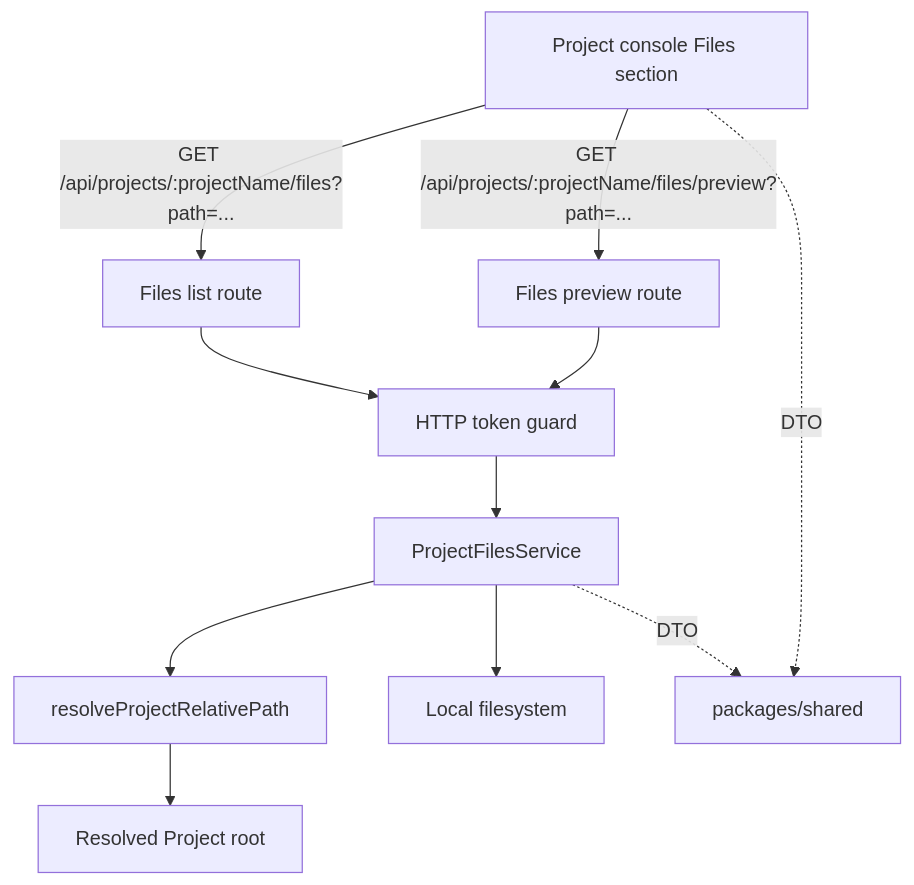
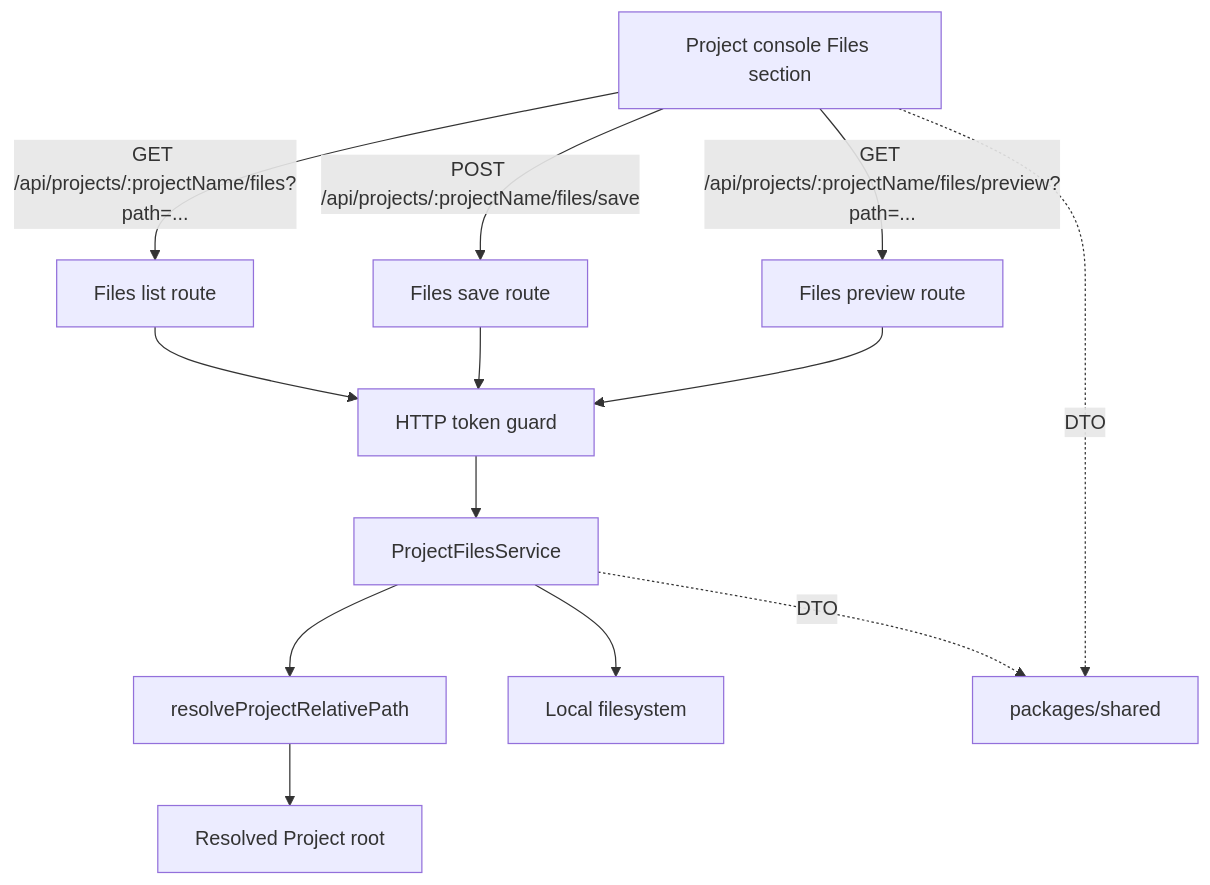
One commit to BanKnight/agents-remote changed the diagram in docs/architecture/file-browser-preview.md. Above: the diagram before and after it, drawn with Mermaid. The commit also changed other lines of this file and 14 other files, not shown here.

````diff
--- a/docs/architecture/file-browser-preview.md
+++ b/docs/architecture/file-browser-preview.md
@@ -13,13 +13,15 @@
 ```mermaid
 flowchart TD
   Web[Project console Files section] -->|GET /api/projects/:projectName/files?path=...| FilesList[Files list route]
   Web -->|GET /api/projects/:projectName/files/preview?path=...| FilesPreview[Files preview route]
+  Web -->|POST /api/projects/:projectName/files/save| FilesSave[Files save route]
   FilesList --> Auth[HTTP token guard]
+  FilesSave --> Auth
   FilesPreview --> Auth
   Auth --> FilesService[ProjectFilesService]
   FilesService --> SafePaths[resolveProjectRelativePath]
   SafePaths --> ProjectRoot[Resolved Project root]
   FilesService --> Fs[Local filesystem]
   FilesService -. DTO .-> Shared[packages/shared]
   Web -. DTO .-> Shared
 ```
````
